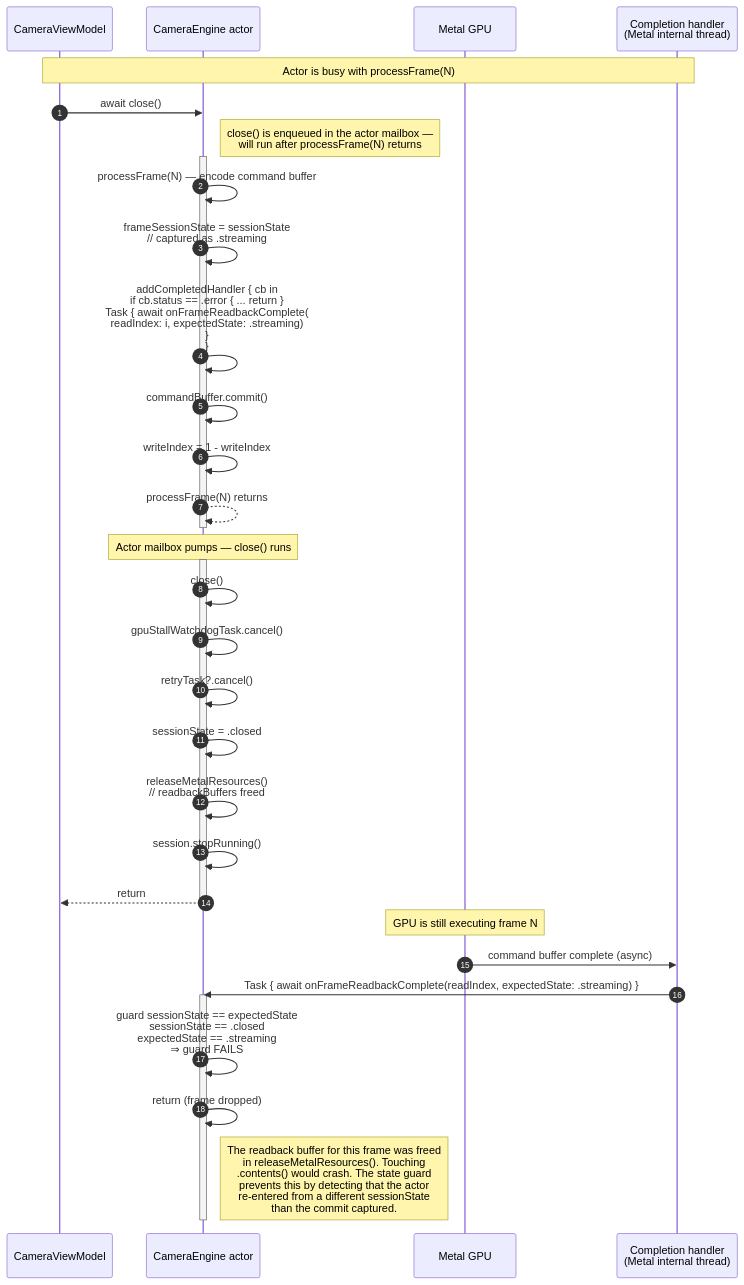
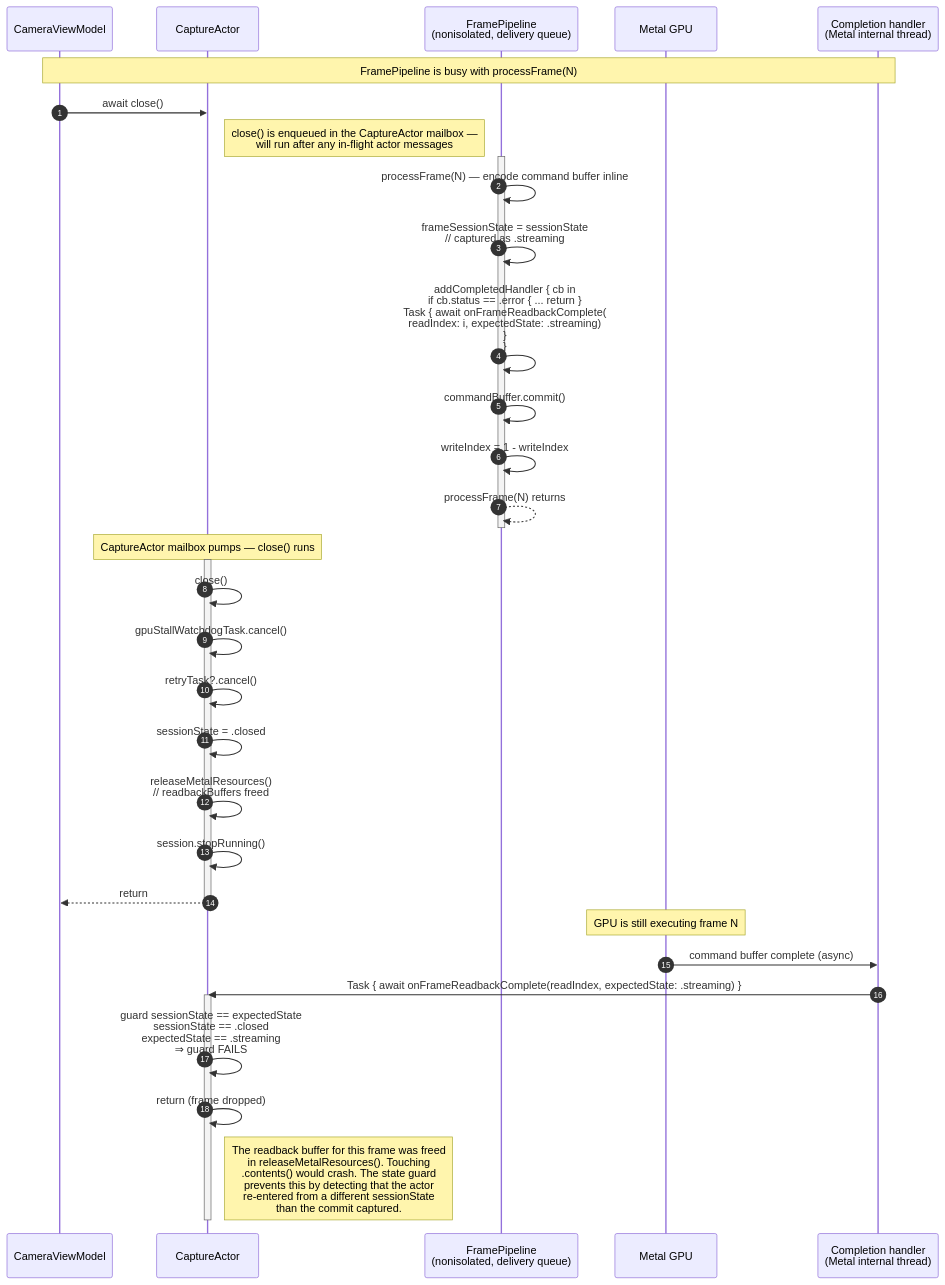
Before and after one commit to Shreeyak/camera2-ios-translation: the ninth of 10 diagrams in design/09-architecture-diagrams.md, drawn with Mermaid. The commit also changed other lines of this file and 42 other files, not shown here.

````diff
--- a/design/09-architecture-diagrams.md
+++ b/design/09-architecture-diagrams.md
@@ -666,45 +666,46 @@
 ```mermaid
 sequenceDiagram
     autonumber
     participant VM as CameraViewModel
-    participant CE as CameraEngine actor
+    participant CE as CaptureActor
+    participant FP as FramePipeline<br/>(nonisolated, delivery queue)
     participant GPU as Metal GPU
     participant CH as Completion handler<br/>(Metal internal thread)
 
-    Note over VM,CH: Actor is busy with processFrame(N)
+    Note over VM,CH: FramePipeline is busy with processFrame(N)
 
     VM->>CE: await close()
-    Note right of CE: close() is enqueued in the actor mailbox —<br/>will run after processFrame(N) returns
+    Note right of CE: close() is enqueued in the CaptureActor mailbox —<br/>will run after any in-flight actor messages
 
-    activate CE
-    CE->>CE: processFrame(N) — encode command buffer
-    CE->>CE: frameSessionState = sessionState<br/>// captured as .streaming
-    CE->>CE: addCompletedHandler { cb in<br/>  if cb.status == .error { ... return }<br/>  Task { await onFrameReadbackComplete(<br/>    readIndex: i, expectedState: .streaming)<br/>  }<br/>}
-    CE->>CE: commandBuffer.commit()
-    CE->>CE: writeIndex = 1 - writeIndex
-    CE-->>CE: processFrame(N) returns
-    deactivate CE
+    activate FP
+    FP->>FP: processFrame(N) — encode command buffer inline
+    FP->>FP: frameSessionState = sessionState<br/>// captured as .streaming
+    FP->>FP: addCompletedHandler { cb in<br/>  if cb.status == .error { ... return }<br/>  Task { await onFrameReadbackComplete(<br/>    readIndex: i, expectedState: .streaming)<br/>  }<br/>}
+    FP->>FP: commandBuffer.commit()
+    FP->>FP: writeIndex = 1 - writeIndex
+    FP-->>FP: processFrame(N) returns
+    deactivate FP
 
-    Note over CE: Actor mailbox pumps — close() runs
+    Note over CE: CaptureActor mailbox pumps — close() runs
 
     activate CE
     CE->>CE: close()
     CE->>CE: gpuStallWatchdogTask.cancel()
     CE->>CE: retryTask?.cancel()
     CE->>CE: sessionState = .closed
     CE->>CE: releaseMetalResources()<br/>// readbackBuffers freed
     CE->>CE: session.stopRunning()
     CE-->>VM: return
     deactivate CE
 
     Note over GPU: GPU is still executing frame N
 
     GPU->>CH: command buffer complete (async)
     CH->>CE: Task { await onFrameReadbackComplete(readIndex, expectedState: .streaming) }
 
     activate CE
     CE->>CE: guard sessionState == expectedState<br/>sessionState == .closed<br/>expectedState == .streaming<br/>⇒ guard FAILS
     CE->>CE: return (frame dropped)
     Note right of CE: The readback buffer for this frame was freed<br/>in releaseMetalResources(). Touching<br/>.contents() would crash. The state guard<br/>prevents this by detecting that the actor<br/>re-entered from a different sessionState<br/>than the commit captured.
     deactivate CE
 ```
````
